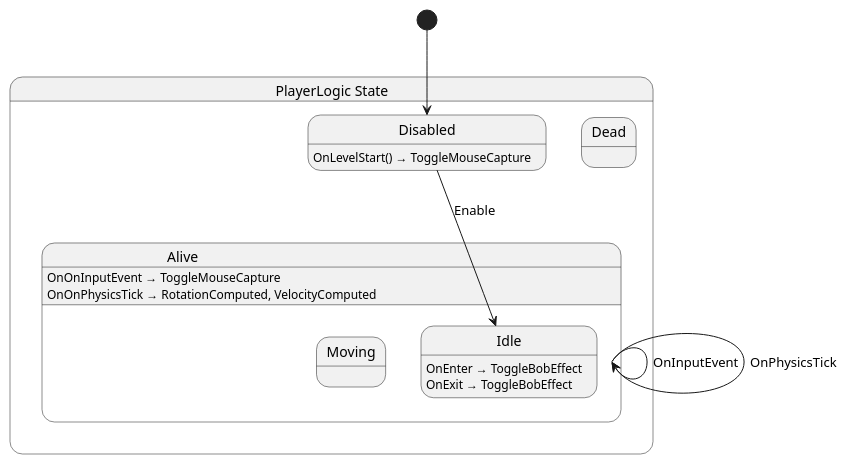
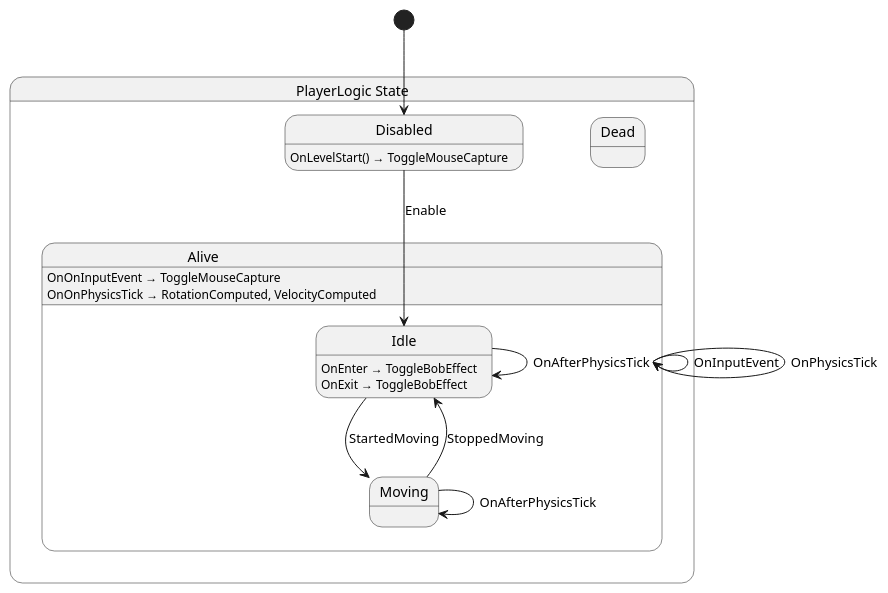
Before and after one commit to SkyValor/rescue-drone: the diagram in Scripts/Drone/Player/State/PlayerLogic.g.puml, drawn with PlantUML. The commit also changed 9 other files, not shown here.

Commit message:
The states for idle and moving are now prepared to respond to drone movement and stopping. The bobbing effect happens only when the drone is in the Idle state.

```diff
--- a/Scripts/Drone/Player/State/PlayerLogic.g.puml
+++ b/Scripts/Drone/Player/State/PlayerLogic.g.puml
@@ -1,22 +1,26 @@
 @startuml PlayerLogic
 state "PlayerLogic State" as RescueDrone_PlayerLogic_State {
   state "Alive" as RescueDrone_PlayerLogic_State_Alive {
     state "Idle" as RescueDrone_PlayerLogic_State_Idle
     state "Moving" as RescueDrone_PlayerLogic_State_Moving
   }
   state "Dead" as RescueDrone_PlayerLogic_State_Dead
   state "Disabled" as RescueDrone_PlayerLogic_State_Disabled
 }
 
 RescueDrone_PlayerLogic_State_Alive --> RescueDrone_PlayerLogic_State_Alive : OnInputEvent
 RescueDrone_PlayerLogic_State_Alive --> RescueDrone_PlayerLogic_State_Alive : OnPhysicsTick
 RescueDrone_PlayerLogic_State_Disabled --> RescueDrone_PlayerLogic_State_Idle : Enable
+RescueDrone_PlayerLogic_State_Idle --> RescueDrone_PlayerLogic_State_Idle : OnAfterPhysicsTick
+RescueDrone_PlayerLogic_State_Idle --> RescueDrone_PlayerLogic_State_Moving : StartedMoving
+RescueDrone_PlayerLogic_State_Moving --> RescueDrone_PlayerLogic_State_Idle : StoppedMoving
+RescueDrone_PlayerLogic_State_Moving --> RescueDrone_PlayerLogic_State_Moving : OnAfterPhysicsTick
 
 RescueDrone_PlayerLogic_State_Alive : OnOnInputEvent → ToggleMouseCapture
 RescueDrone_PlayerLogic_State_Alive : OnOnPhysicsTick → RotationComputed, VelocityComputed
 RescueDrone_PlayerLogic_State_Disabled : OnLevelStart() → ToggleMouseCapture
 RescueDrone_PlayerLogic_State_Idle : OnEnter → ToggleBobEffect
 RescueDrone_PlayerLogic_State_Idle : OnExit → ToggleBobEffect
 
 [*] --> RescueDrone_PlayerLogic_State_Disabled
 @enduml
```
